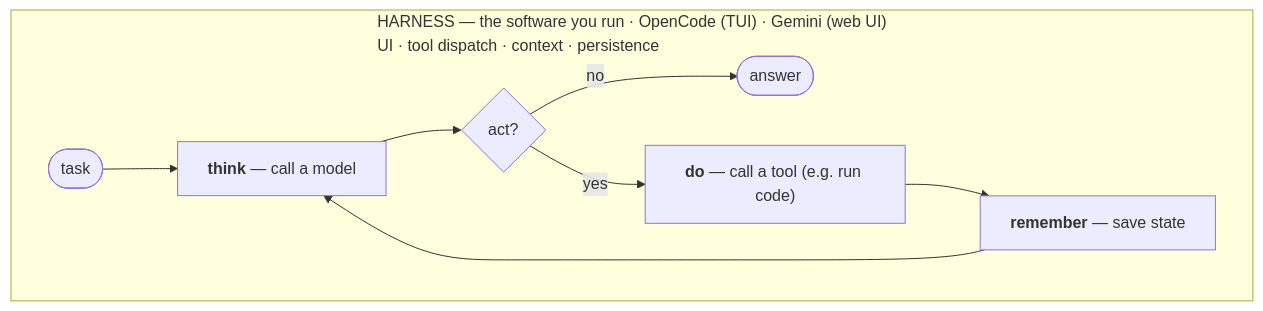
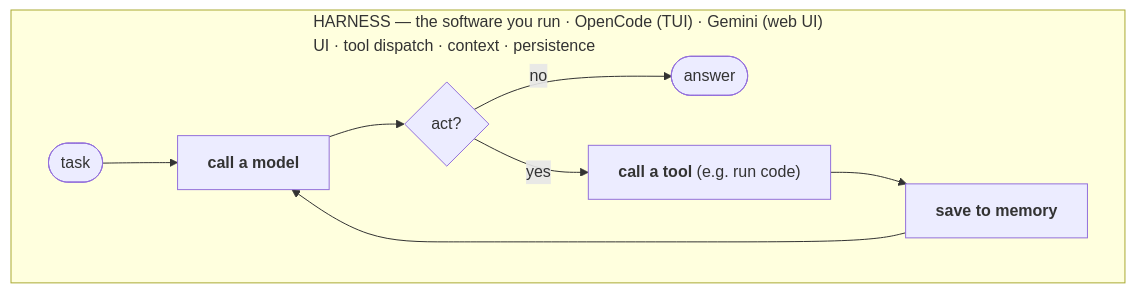
The second of 15 diagrams in docs/stack-slides.md (tilsley/creance), drawn with Mermaid before and after one commit. The commit also changed other lines of this file, not shown here.

First line of the commit message:
docs(slides): replace think/do/remember with concrete model call/tool call/memory throughout

````diff
--- a/docs/stack-slides.md
+++ b/docs/stack-slides.md
@@ -28,11 +28,11 @@
 ```mermaid
 flowchart TB
   subgraph HARNESS["HARNESS — the software you run · OpenCode (TUI) · Gemini (web UI)<br/>UI · tool dispatch · context · persistence"]
-    Start(["task"]) --> Think["<b>think</b> — call a model"]
+    Start(["task"]) --> Think["<b>call a model</b>"]
     Think --> Q{"act?"}
     Q -- "no" --> Done(["answer"])
-    Q -- "yes" --> Do["<b>do</b> — call a tool (e.g. run code)"]
-    Do --> Rem["<b>remember</b> — save state"]
+    Q -- "yes" --> Do["<b>call a tool</b> (e.g. run code)"]
+    Do --> Rem["<b>save to memory</b>"]
     Rem --> Think
   end
 ```
````
